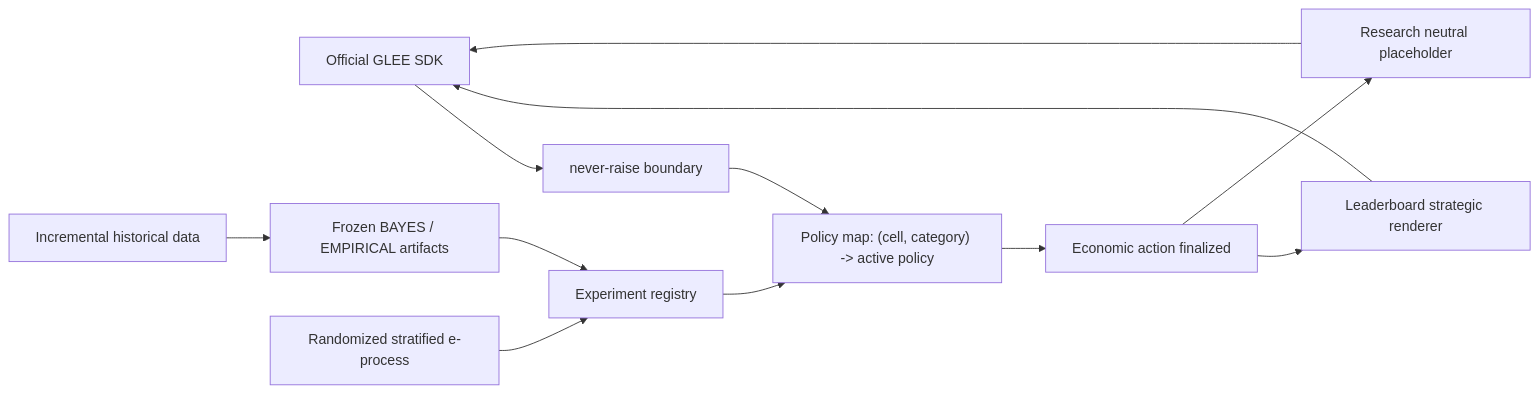
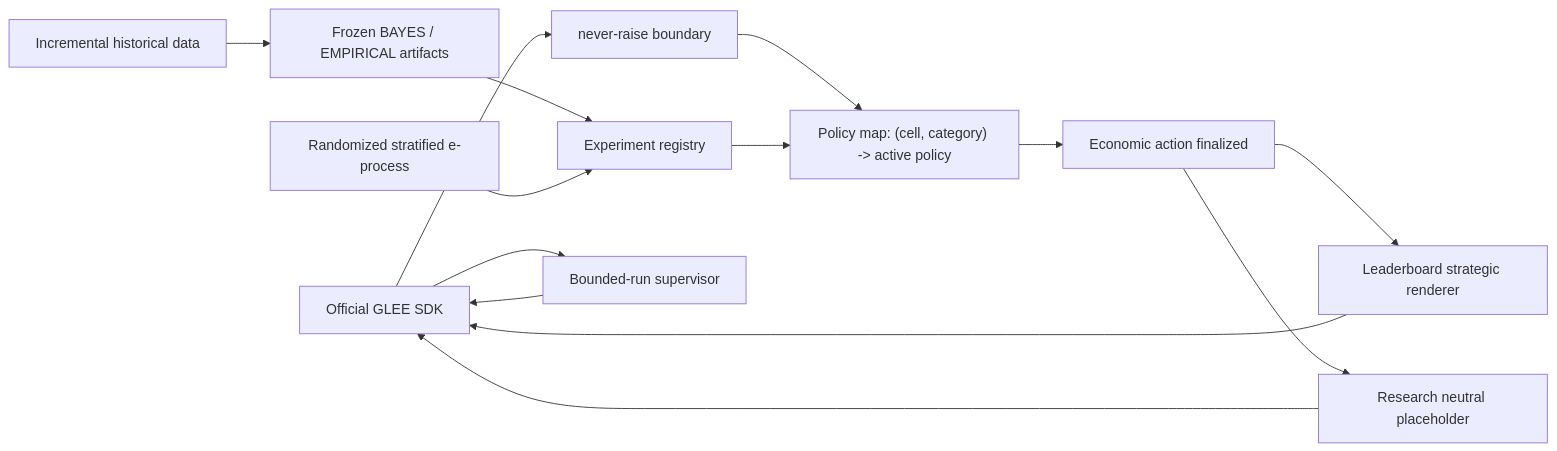
Before and after one commit to SaharArora/Workings: the diagram in docs/architecture.md, drawn with Mermaid. The commit also changed other lines of this file and 4 other files, not shown here.

````diff
--- a/docs/architecture.md
+++ b/docs/architecture.md
@@ -9,14 +9,16 @@
 ```mermaid
 flowchart LR
   SDK["Official GLEE SDK"] --> Safe["never-raise boundary"]
   Safe --> Router["Policy map: (cell, category) -> active policy"]
   Router --> Econ["Economic action finalized"]
   Econ --> Strategic["Leaderboard strategic renderer"]
   Econ --> Neutral["Research neutral placeholder"]
   Strategic --> SDK
   Neutral --> SDK
   Historical["Incremental historical data"] --> Training["Frozen BAYES / EMPIRICAL artifacts"]
   Training --> Registry["Experiment registry"]
   EProc["Randomized stratified e-process"] --> Registry
   Registry --> Router
+  Supervisor["Bounded-run supervisor"] --> SDK
+  SDK --> Supervisor
 ```
````
